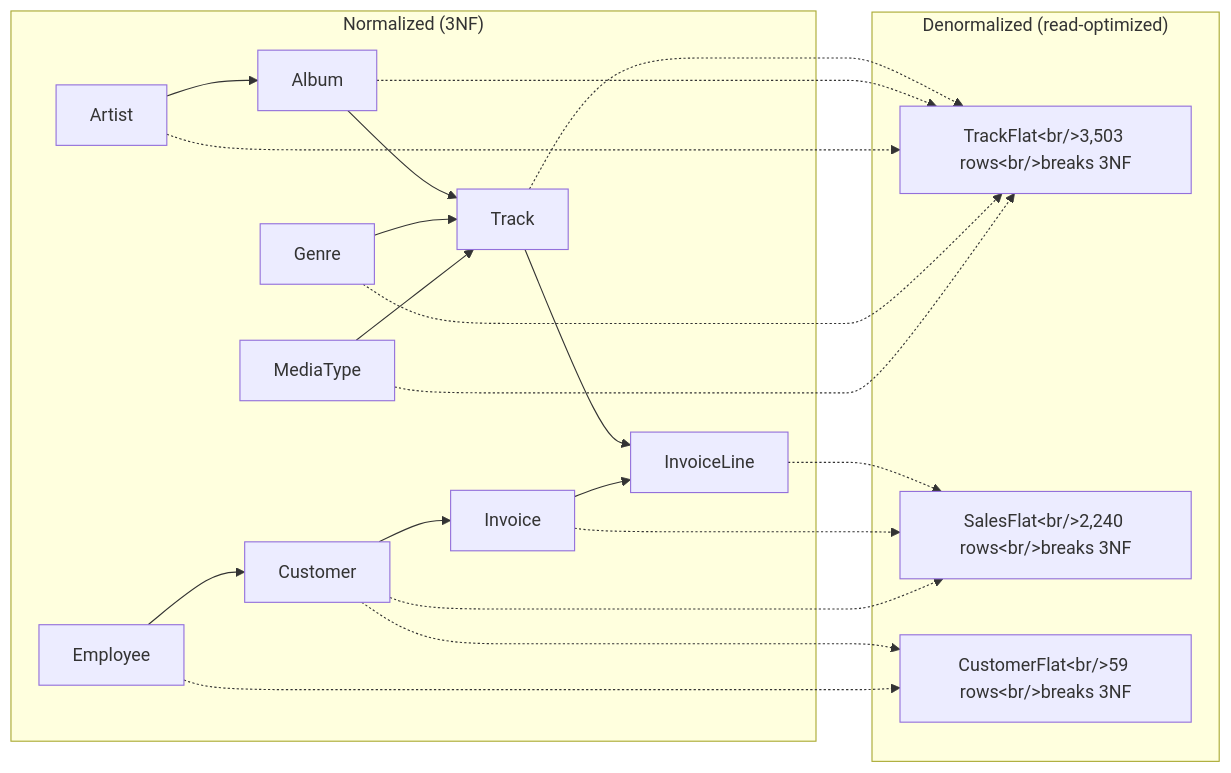
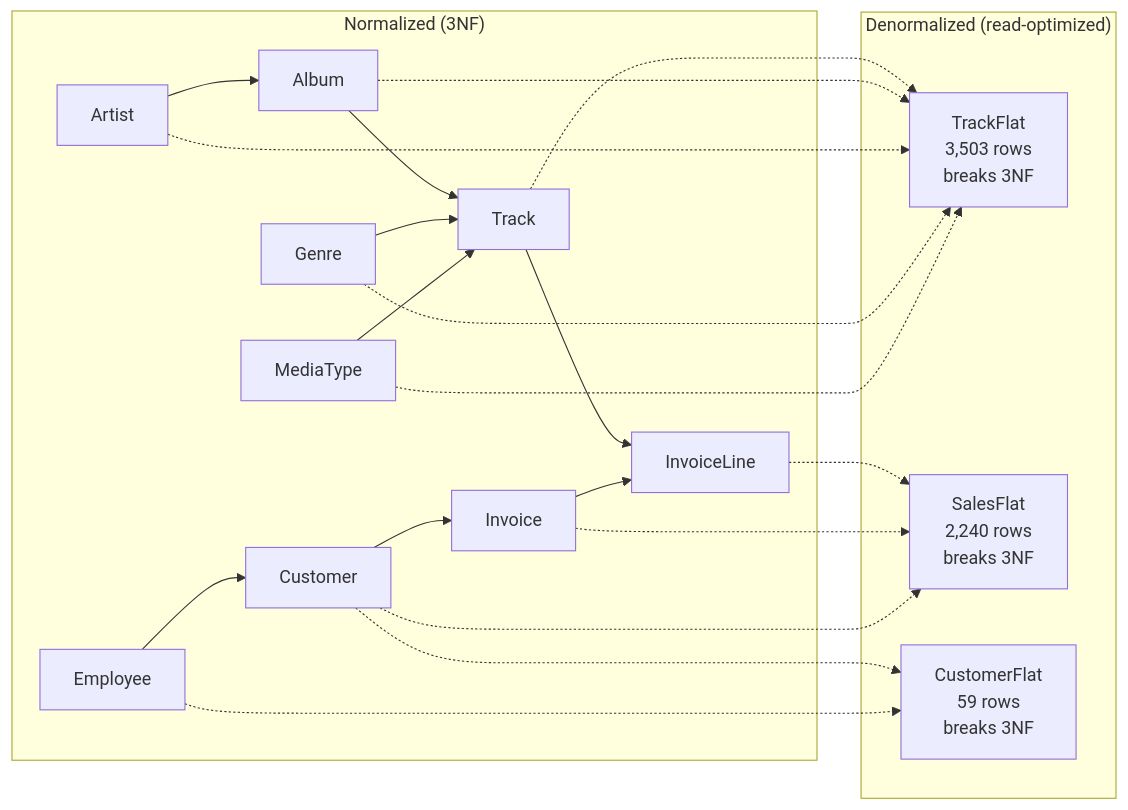
The second of 4 diagrams in docs/diagrams.md (jd702/cosc431-ai-query-check), drawn with Mermaid before and after one commit. The commit also changed other lines of this file, not shown here.

Commit message:
Use literal <br/> in Mermaid labels so line breaks render

````diff
--- a/docs/diagrams.md
+++ b/docs/diagrams.md
@@ -97,30 +97,30 @@
 ```mermaid
 flowchart LR
     subgraph N["Normalized (3NF)"]
         AR[Artist] --> AL[Album]
         AL --> TR[Track]
         GE[Genre] --> TR
         MT[MediaType] --> TR
         TR --> IL[InvoiceLine]
         IN[Invoice] --> IL
         CU[Customer] --> IN
         EM[Employee] --> CU
     end
 
     subgraph D["Denormalized (read-optimized)"]
-        TF["TrackFlat&lt;br/&gt;3,503 rows&lt;br/&gt;breaks 3NF"]
-        SF["SalesFlat&lt;br/&gt;2,240 rows&lt;br/&gt;breaks 3NF"]
-        CF["CustomerFlat&lt;br/&gt;59 rows&lt;br/&gt;breaks 3NF"]
+        TF["TrackFlat<br/>3,503 rows<br/>breaks 3NF"]
+        SF["SalesFlat<br/>2,240 rows<br/>breaks 3NF"]
+        CF["CustomerFlat<br/>59 rows<br/>breaks 3NF"]
     end
 
     TR -.-> TF
     AL -.-> TF
     AR -.-> TF
     GE -.-> TF
     MT -.-> TF
     IL -.-> SF
     IN -.-> SF
     CU -.-> SF
     CU -.-> CF
     EM -.-> CF
 ```
````
